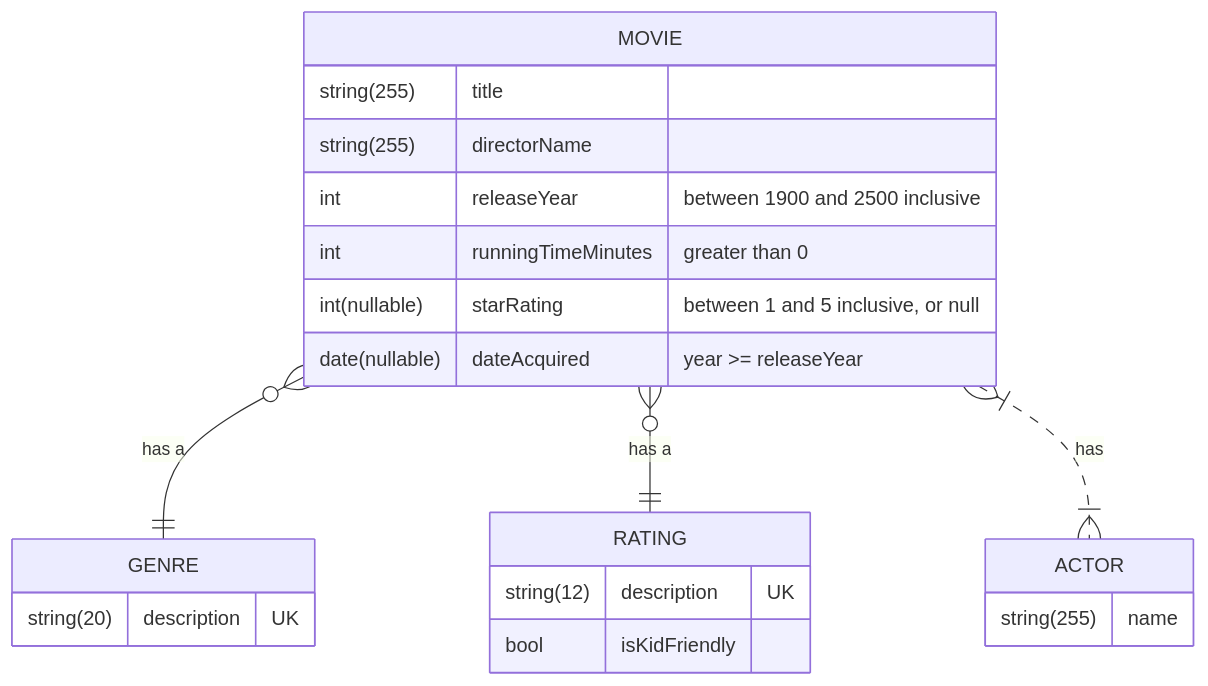
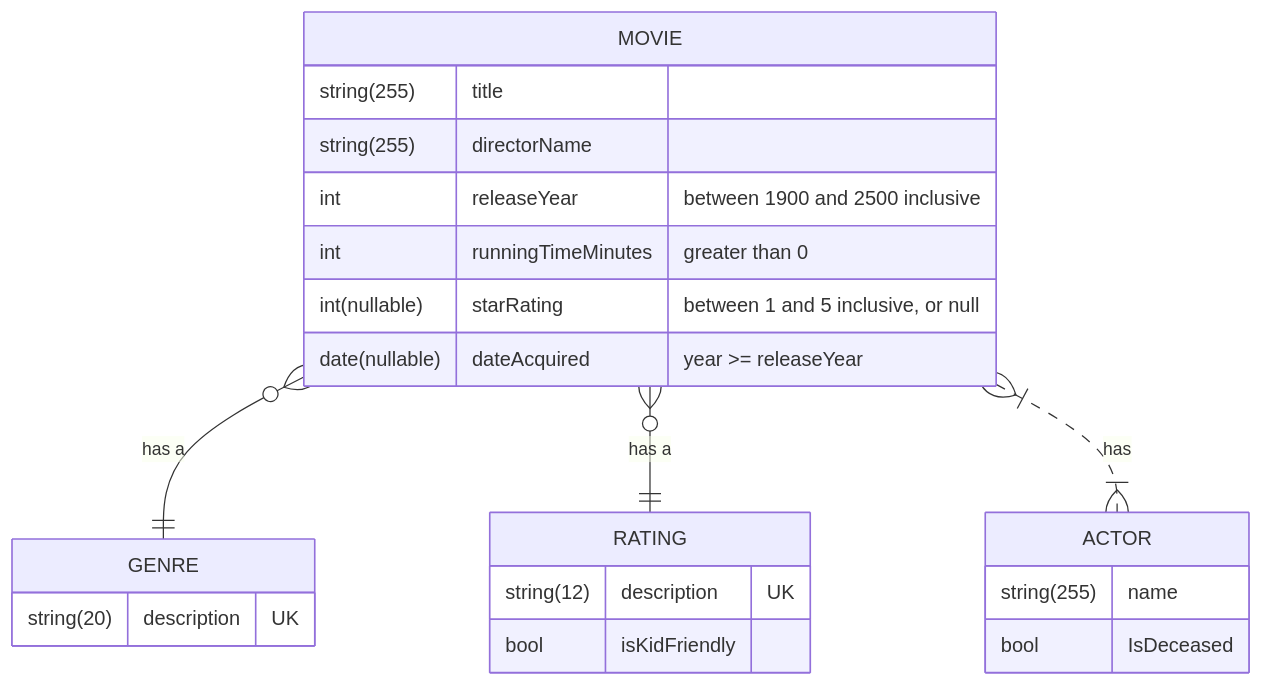
The diagram in README.md (cblemaster/RelationalDatabase), drawn with Mermaid before and after one commit.

Commit message:
update README.md, add attribute to entity

````diff
--- a/README.md
+++ b/README.md
@@ -27,29 +27,30 @@
 ```mermaid
    erDiagram
         MOVIE }o--|| GENRE : "has a"
         MOVIE }o--|| RATING : "has a"
         MOVIE }|..|{ ACTOR : has
 
         MOVIE {
             string(255) title
             string(255) directorName
             int releaseYear "between 1900 and 2500 inclusive"
             int runningTimeMinutes "greater than 0"
             int(nullable) starRating "between 1 and 5 inclusive, or null"
             date(nullable) dateAcquired "year >= releaseYear"
         }
         
         GENRE {
             string(20) description UK
         }
 
         RATING {
             string(12) description UK
             bool isKidFriendly
         }
 
         ACTOR {
             string(255) name
+            bool IsDeceased
         }
 
 ```
````
